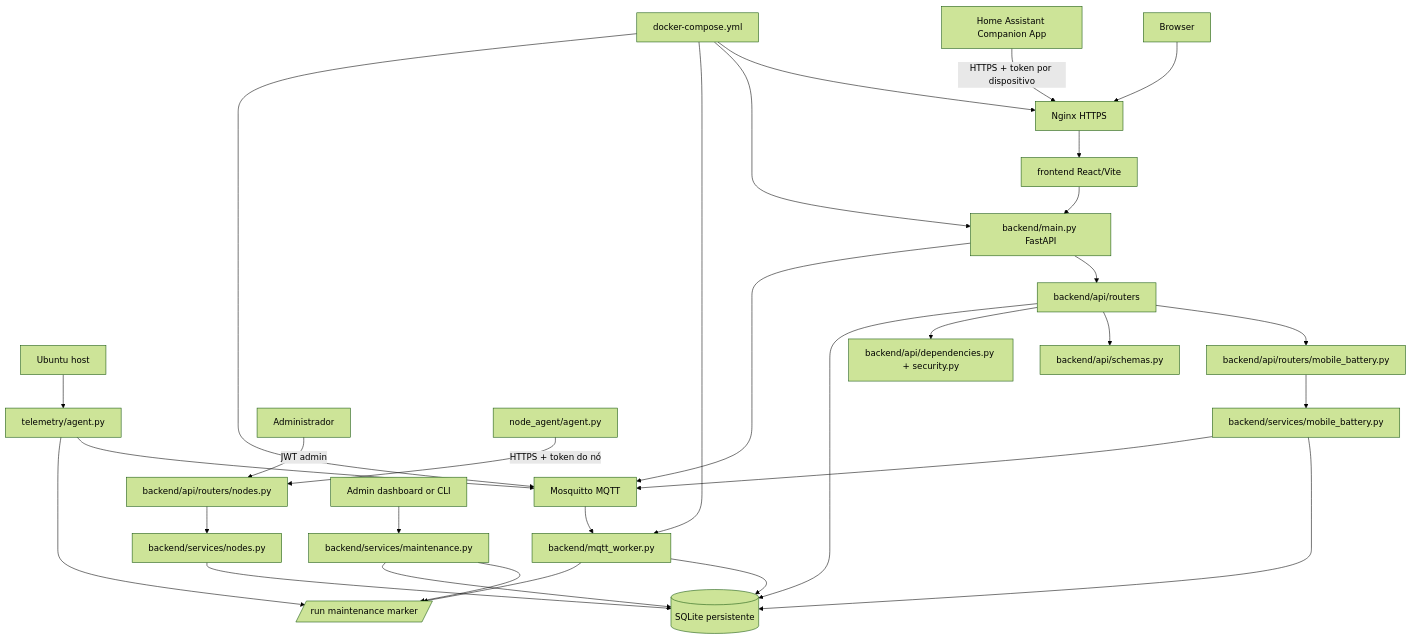
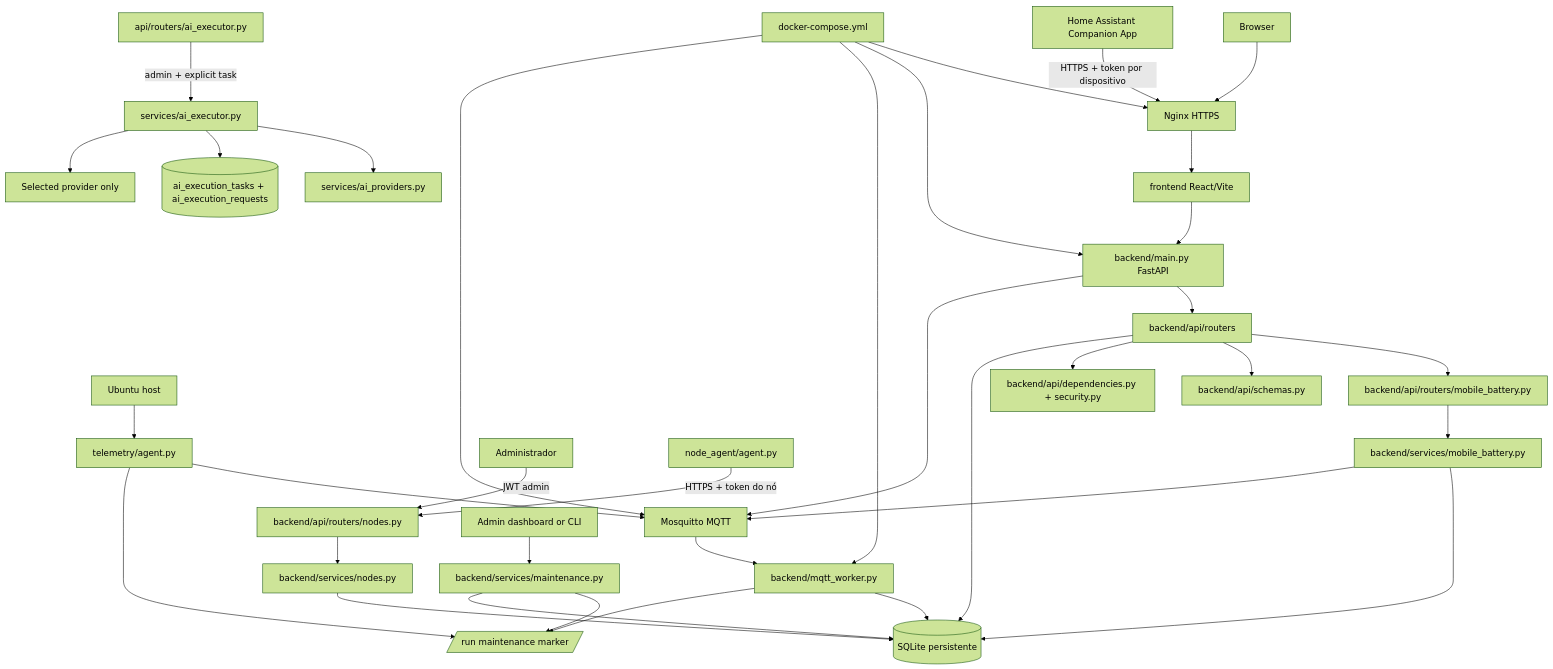
Before and after one commit to astec10/nivus-edge-node: the first of 2 diagrams in docs/MODULE_MAP.md, drawn with Mermaid (forest theme). The commit also changed other lines of this file, not shown here.

Commit message:
docs: map inference module boundaries

````diff
--- a/docs/MODULE_MAP.md
+++ b/docs/MODULE_MAP.md
@@ -7,33 +7,37 @@
 ```mermaid
 flowchart TD
   Host[Ubuntu host] --> Agent[telemetry/agent.py]
   Agent --> MQTT[Mosquitto MQTT]
   MQTT --> Worker[backend/mqtt_worker.py]
   Worker --> DB[(SQLite persistente)]
   Browser[Browser] --> Nginx[Nginx HTTPS]
   Nginx --> UI[frontend React/Vite]
   UI --> API[backend/main.py FastAPI]
   API --> Routers[backend/api/routers]
   Phone[Home Assistant Companion App] -->|HTTPS + token por dispositivo| Nginx
   Routers --> BatteryRouter[backend/api/routers/mobile_battery.py]
   BatteryRouter --> BatteryService[backend/services/mobile_battery.py]
   BatteryService --> DB
   BatteryService --> MQTT
   Admin[Administrador] -->|JWT admin| NodesRouter[backend/api/routers/nodes.py]
   NodeAgent[node_agent/agent.py] -->|HTTPS + token do nó| NodesRouter
   NodesRouter --> NodesService[backend/services/nodes.py]
   NodesService --> DB
   Routers --> Schemas[backend/api/schemas.py]
   Routers --> Auth[backend/api/dependencies.py + security.py]
   Routers --> DB
+  AIExecutor[api/routers/ai_executor.py] -->|admin + explicit task| Inference[services/ai_executor.py]
+  Inference --> ProviderProfiles[services/ai_providers.py]
+  Inference --> ExecutorLedger[(ai_execution_tasks + ai_execution_requests)]
+  Inference --> SelectedProvider[Selected provider only]
   API --> MQTT
   Operator[Admin dashboard or CLI] --> Maintenance[backend/services/maintenance.py]
   Maintenance --> State[/run maintenance marker/]
   Maintenance --> DB
   Agent[telemetry/agent.py] --> State
   Worker[backend/mqtt_worker.py] --> State
   Compose[docker-compose.yml] --> Nginx
   Compose --> API
   Compose --> Worker
   Compose --> MQTT
 ```
````
